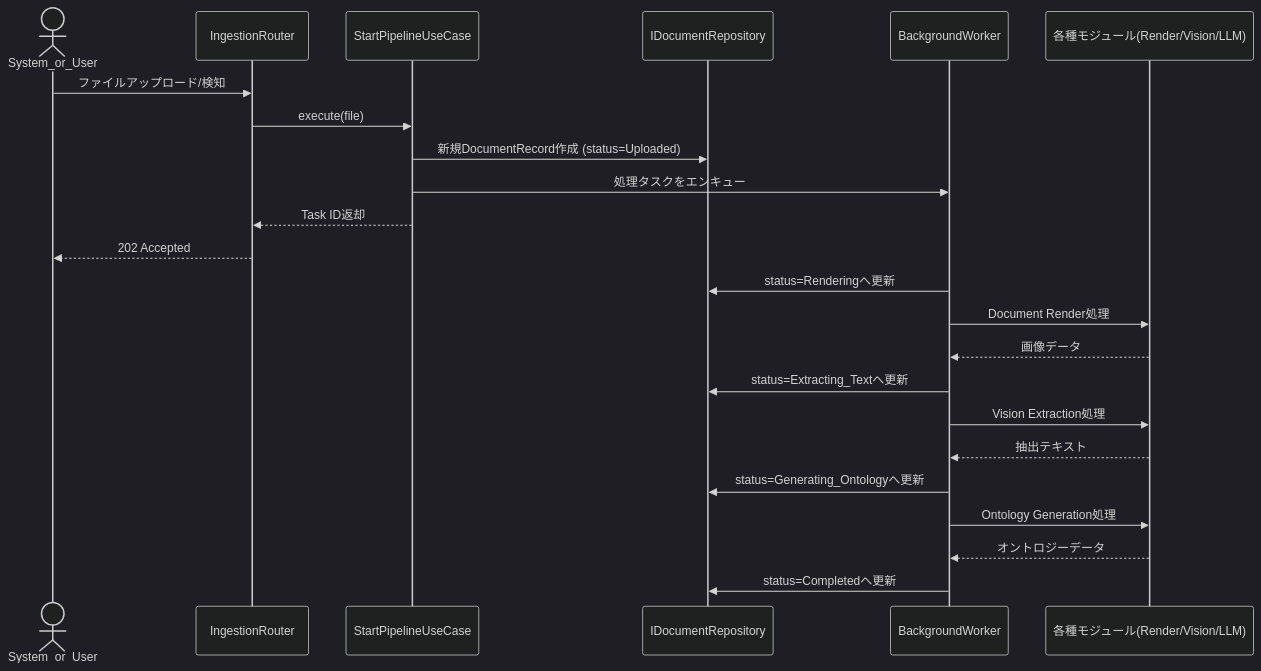
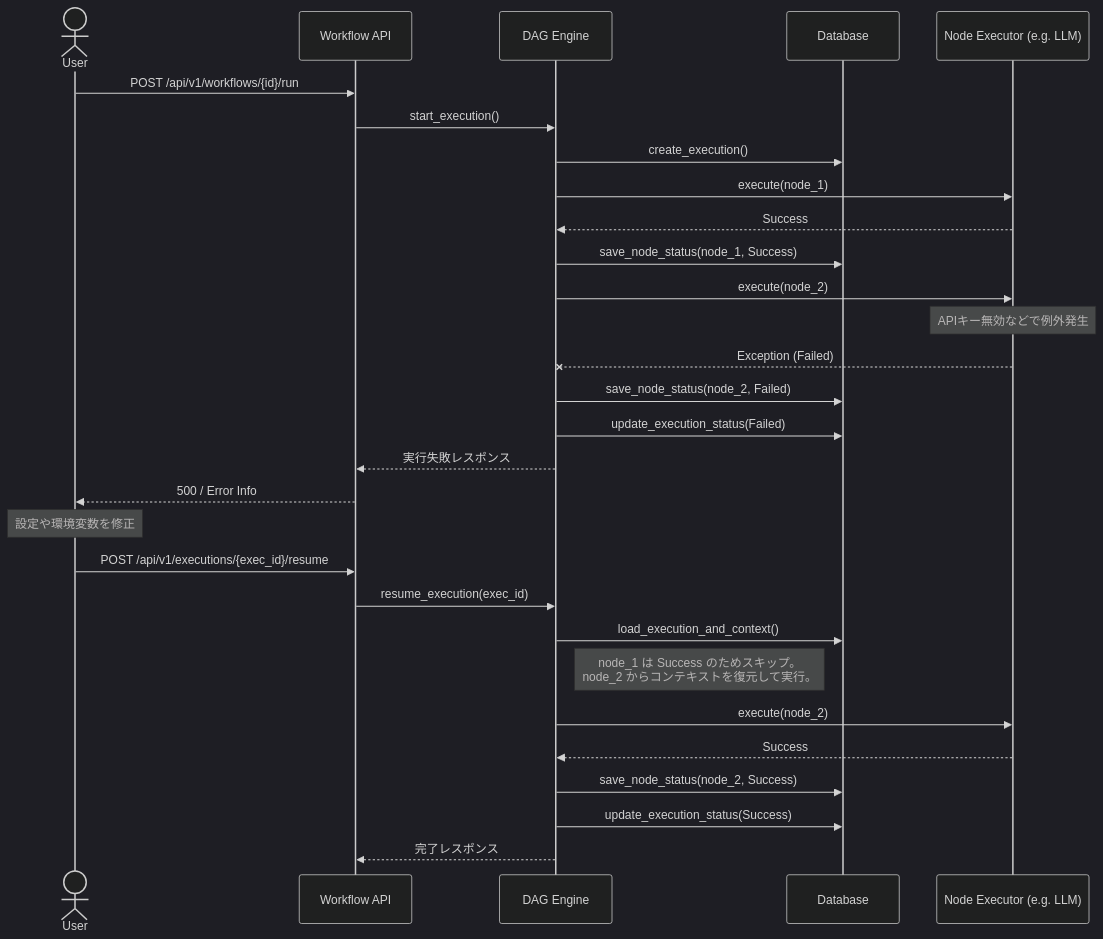
One commit to hiroooo000/ontoNgn changed the fourth of 4 diagrams in docs/detail_design/01_workflow_orchestrator.md. Above: the diagram before and after it, drawn with Mermaid (dark theme). The commit also changed other lines of this file and 4 other files, not shown here.

Commit message:
docs: separate console ui into portal, workflow, schema evolution and document management

````diff
--- a/docs/detail_design/01_workflow_orchestrator.md
+++ b/docs/detail_design/01_workflow_orchestrator.md
@@ -100,30 +130,37 @@
 ```mermaid
 sequenceDiagram
-    actor System_or_User
-    participant API as IngestionRouter
-    participant UseCase as StartPipelineUseCase
-    participant DB as IDocumentRepository
-    participant Worker as BackgroundWorker
-    participant Modules as 各種モジュール(Render/Vision/LLM)
+    actor User
+    participant API as Workflow API
+    participant Engine as DAG Engine
+    participant DB as Database
+    participant Node as Node Executor (e.g. LLM)
 
-    System_or_User->>API: ファイルアップロード/検知
-    API->>UseCase: execute(file)
-    UseCase->>DB: 新規DocumentRecord作成 (status=Uploaded)
-    UseCase->>Worker: 処理タスクをエンキュー
-    UseCase-->>API: Task ID返却
-    API-->>System_or_User: 202 Accepted
+    %% 初回実行で失敗
+    User->>API: POST /api/v1/workflows/{id}/run
+    API->>Engine: start_execution()
+    Engine->>DB: create_execution()
+    Engine->>Node: execute(node_1)
+    Node-->>Engine: Success
+    Engine->>DB: save_node_status(node_1, Success)
     
-    Worker->>DB: status=Renderingへ更新
-    Worker->>Modules: Document Render処理
-    Modules-->>Worker: 画像データ
+    Engine->>Node: execute(node_2)
+    Note over Node: APIキー無効などで例外発生
+    Node--xEngine: Exception (Failed)
+    Engine->>DB: save_node_status(node_2, Failed)
+    Engine->>DB: update_execution_status(Failed)
+    Engine-->>API: 実行失敗レスポンス
+    API-->>User: 500 / Error Info
     
-    Worker->>DB: status=Extracting_Textへ更新
-    Worker->>Modules: Vision Extraction処理
-    Modules-->>Worker: 抽出テキスト
+    %% 問題を修正して再開
+    Note over User: 設定や環境変数を修正
+    User->>API: POST /api/v1/executions/{exec_id}/resume
+    API->>Engine: resume_execution(exec_id)
+    Engine->>DB: load_execution_and_context()
+    Note right of Engine: node_1 は Success のためスキップ。<br/>node_2 からコンテキストを復元して実行。
     
-    Worker->>DB: status=Generating_Ontologyへ更新
-    Worker->>Modules: Ontology Generation処理
-    Modules-->>Worker: オントロジーデータ
-    
-    Worker->>DB: status=Completedへ更新
+    Engine->>Node: execute(node_2)
+    Node-->>Engine: Success
+    Engine->>DB: save_node_status(node_2, Success)
+    Engine->>DB: update_execution_status(Success)
+    Engine-->>API: 完了レスポンス
 ```
````
